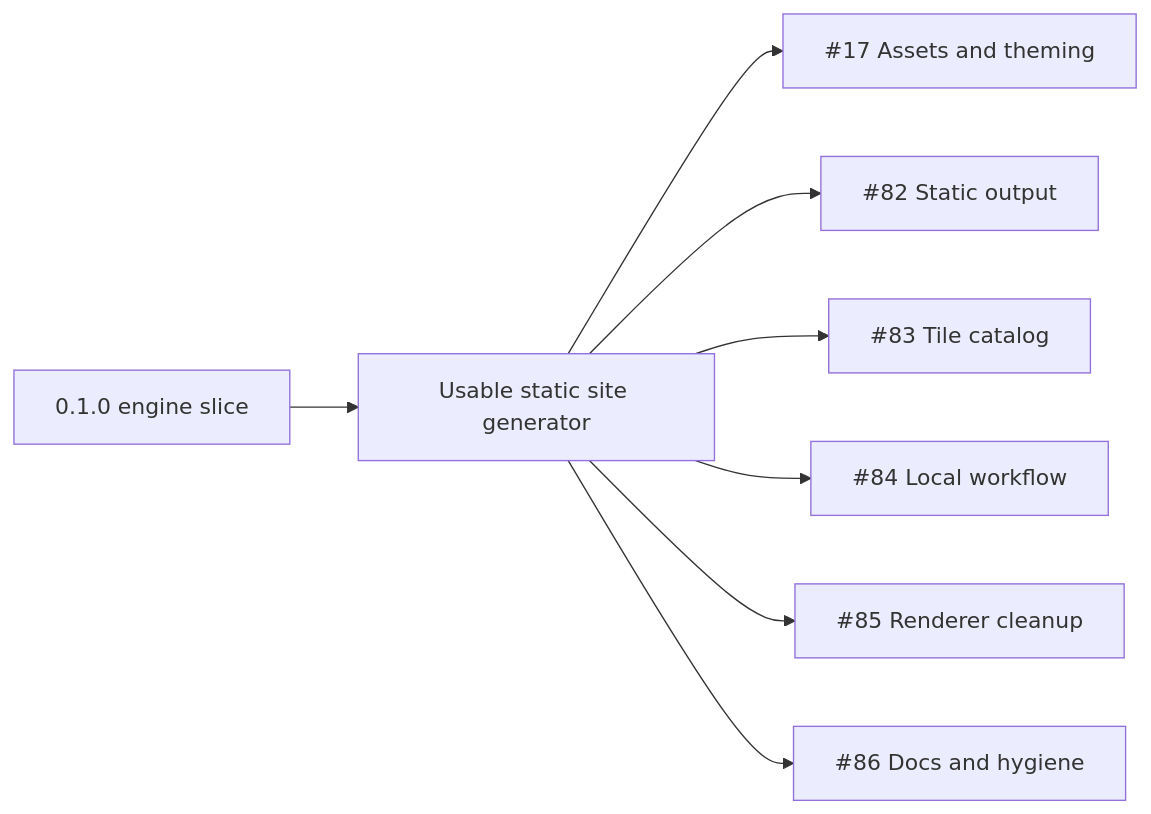
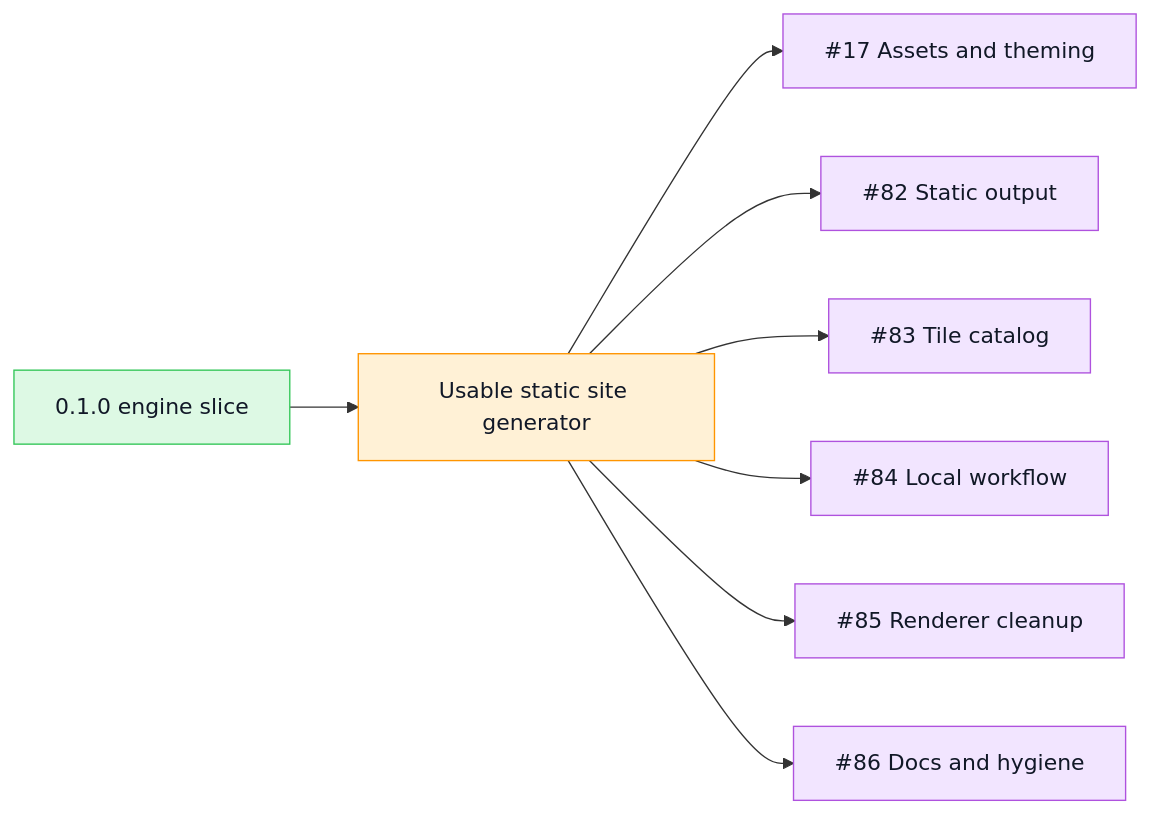
The third of 9 diagrams in README.md (TileDown/tile-down), drawn with Mermaid before and after one commit. The commit also changed other lines of this file, not shown here.

Commit message:
docs(readme): color code roadmap status

````diff
--- a/README.md
+++ b/README.md
@@ -51,10 +83,14 @@
 ```mermaid
 flowchart LR
-  Engine["0.1.0 engine slice"] --> Site["Usable static site generator"]
-  Site --> Assets["#17 Assets and theming"]
-  Site --> Output["#82 Static output"]
-  Site --> Tiles["#83 Tile catalog"]
-  Site --> Workflow["#84 Local workflow"]
-  Site --> Renderer["#85 Renderer cleanup"]
-  Site --> Docs["#86 Docs and hygiene"]
+  Engine["0.1.0 engine slice"]:::done --> Site["Usable static site generator"]:::todo
+  Site --> Assets["#17 Assets and theming"]:::epic
+  Site --> Output["#82 Static output"]:::epic
+  Site --> Tiles["#83 Tile catalog"]:::epic
+  Site --> Workflow["#84 Local workflow"]:::epic
+  Site --> Renderer["#85 Renderer cleanup"]:::epic
+  Site --> Docs["#86 Docs and hygiene"]:::epic
+
+  classDef done fill:#ddf9e4,stroke:#34c759,color:#111827
+  classDef epic fill:#f2e5ff,stroke:#af52de,color:#111827
+  classDef todo fill:#fff1d6,stroke:#ff9500,color:#111827
 ```
````
